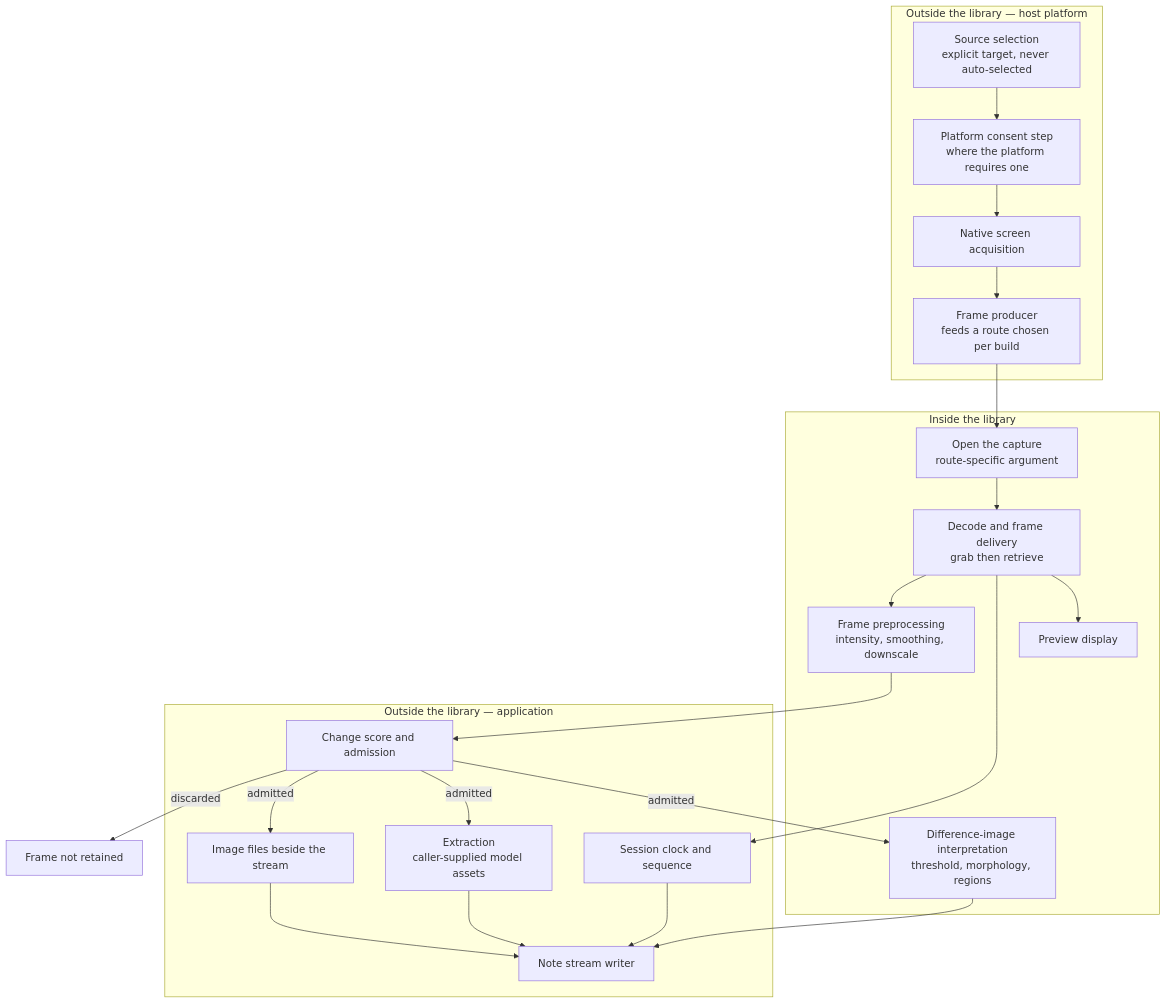
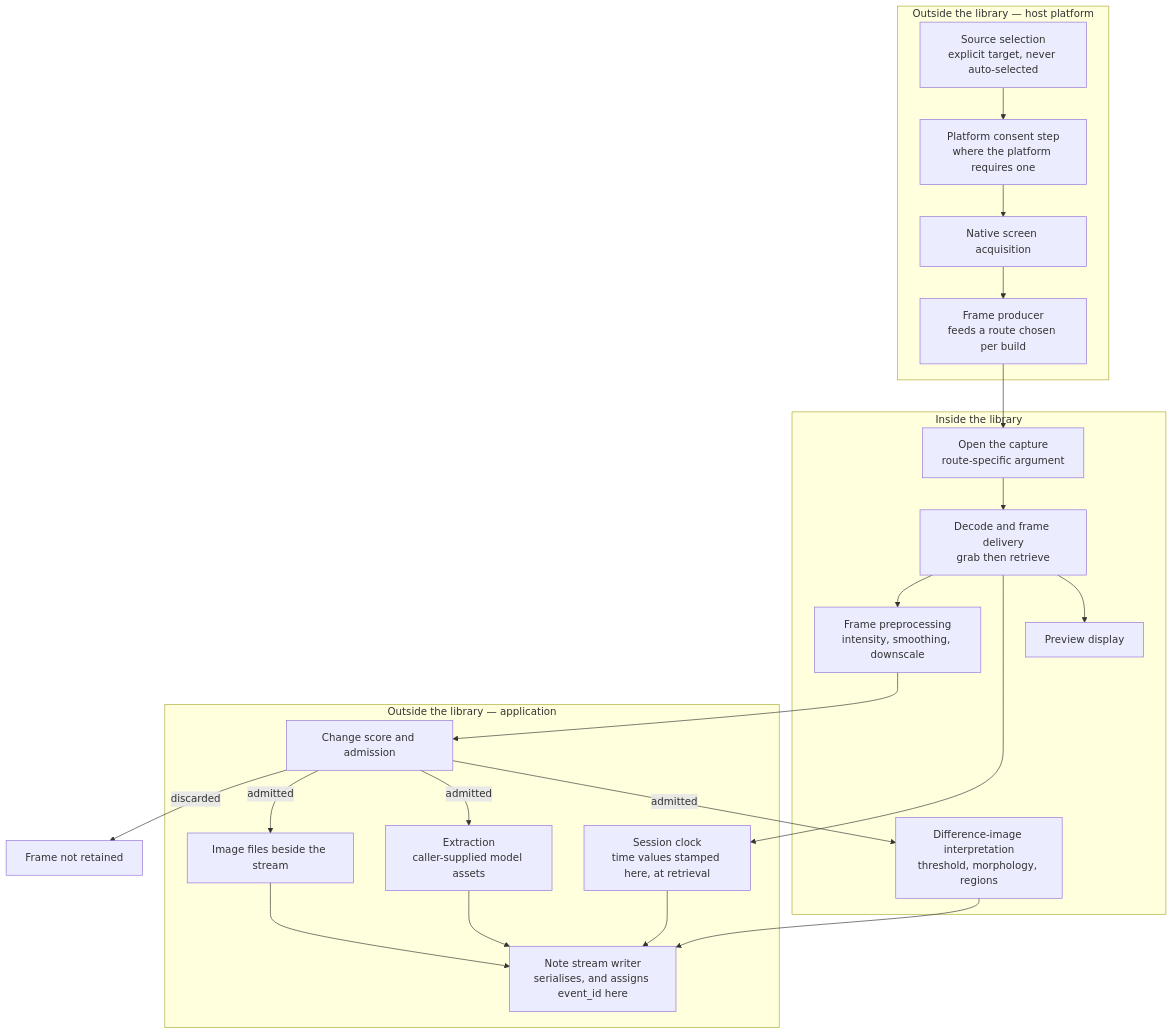
Before and after one commit to blitzy-public-samples/opencv: the first of 2 diagrams in docs/screen-capture-ui/functional-spec.md, drawn with Mermaid. The commit also changed other lines of this file and 4 other files, not shown here.

````diff
--- a/docs/screen-capture-ui/functional-spec.md
+++ b/docs/screen-capture-ui/functional-spec.md
@@ -212,40 +344,40 @@
 ```mermaid
 flowchart TB
   subgraph HOST["Outside the library — host platform"]
     SEL["Source selection<br/>explicit target, never auto-selected"]
     CONSENT["Platform consent step<br/>where the platform requires one"]
     ACQ["Native screen acquisition"]
     PROD["Frame producer<br/>feeds a route chosen per build"]
   end
   subgraph LIB["Inside the library"]
     OPEN["Open the capture<br/>route-specific argument"]
     DELIV["Decode and frame delivery<br/>grab then retrieve"]
     PREP["Frame preprocessing<br/>intensity, smoothing, downscale"]
     INTERP["Difference-image interpretation<br/>threshold, morphology, regions"]
     SHOW["Preview display"]
   end
   subgraph APP["Outside the library — application"]
     SCORE["Change score and admission"]
-    STAMP["Session clock and sequence"]
+    STAMP["Session clock<br/>time values stamped here, at retrieval"]
     EXTR["Extraction<br/>caller-supplied model assets"]
     IMG["Image files beside the stream"]
-    WRITE["Note stream writer"]
+    WRITE["Note stream writer<br/>serialises, and assigns event_id here"]
   end
   SEL --> CONSENT
   CONSENT --> ACQ
   ACQ --> PROD
   PROD --> OPEN
   OPEN --> DELIV
   DELIV --> SHOW
   DELIV --> STAMP
   DELIV --> PREP
   PREP --> SCORE
   SCORE -->|admitted| INTERP
   SCORE -->|admitted| EXTR
   SCORE -->|admitted| IMG
   SCORE -->|discarded| DROP["Frame not retained"]
   INTERP --> WRITE
   EXTR --> WRITE
   IMG --> WRITE
   STAMP --> WRITE
 ```
````
